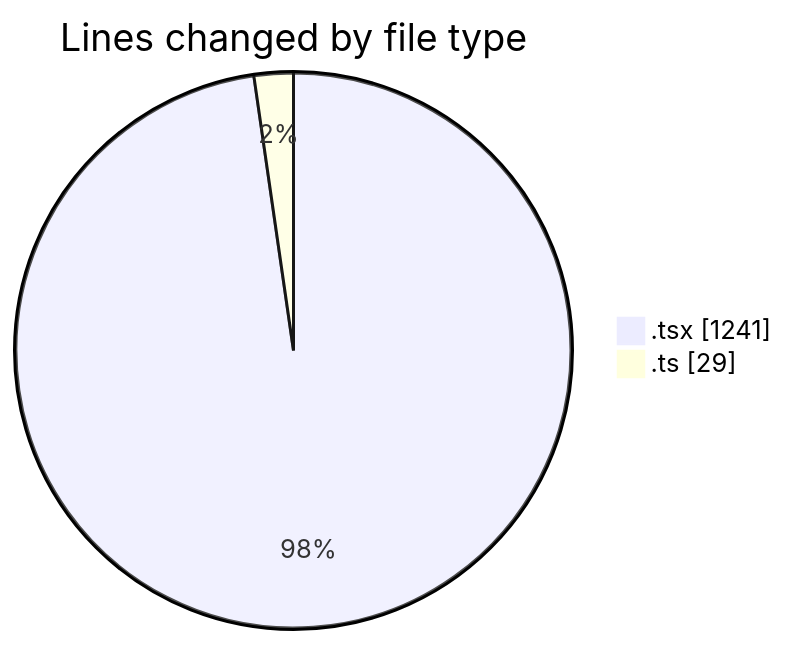
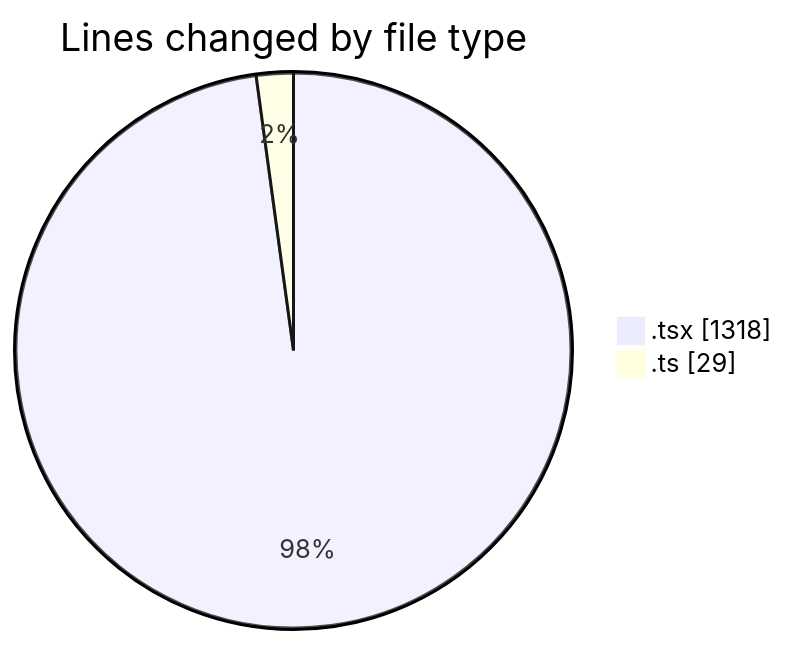
One commit to nxtqubesakshisongat/code-tracking changed the first of 2 diagrams in 2026-04-07/airfeed-analytics-dashboard/README.md. Above: the diagram before and after it, drawn with Mermaid. The commit also changed other lines of this file and 1 other file, not shown here.

````diff
--- a/2026-04-07/airfeed-analytics-dashboard/README.md
+++ b/2026-04-07/airfeed-analytics-dashboard/README.md
@@ -28,6 +28,6 @@
 ```mermaid
 pie showData
 title Lines changed by file type
-".tsx" : 1241
+".tsx" : 1318
 ".ts" : 29
 ```
````
